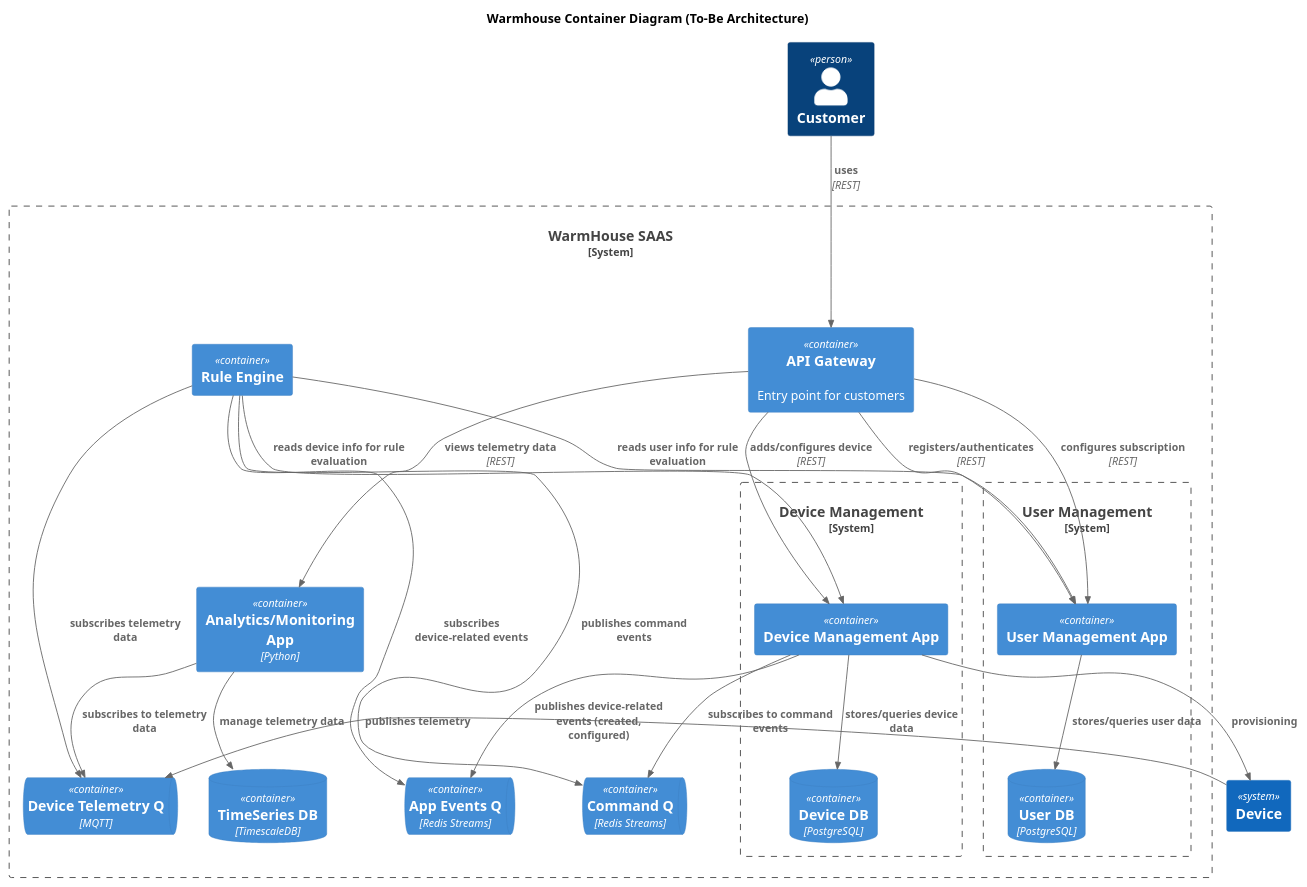
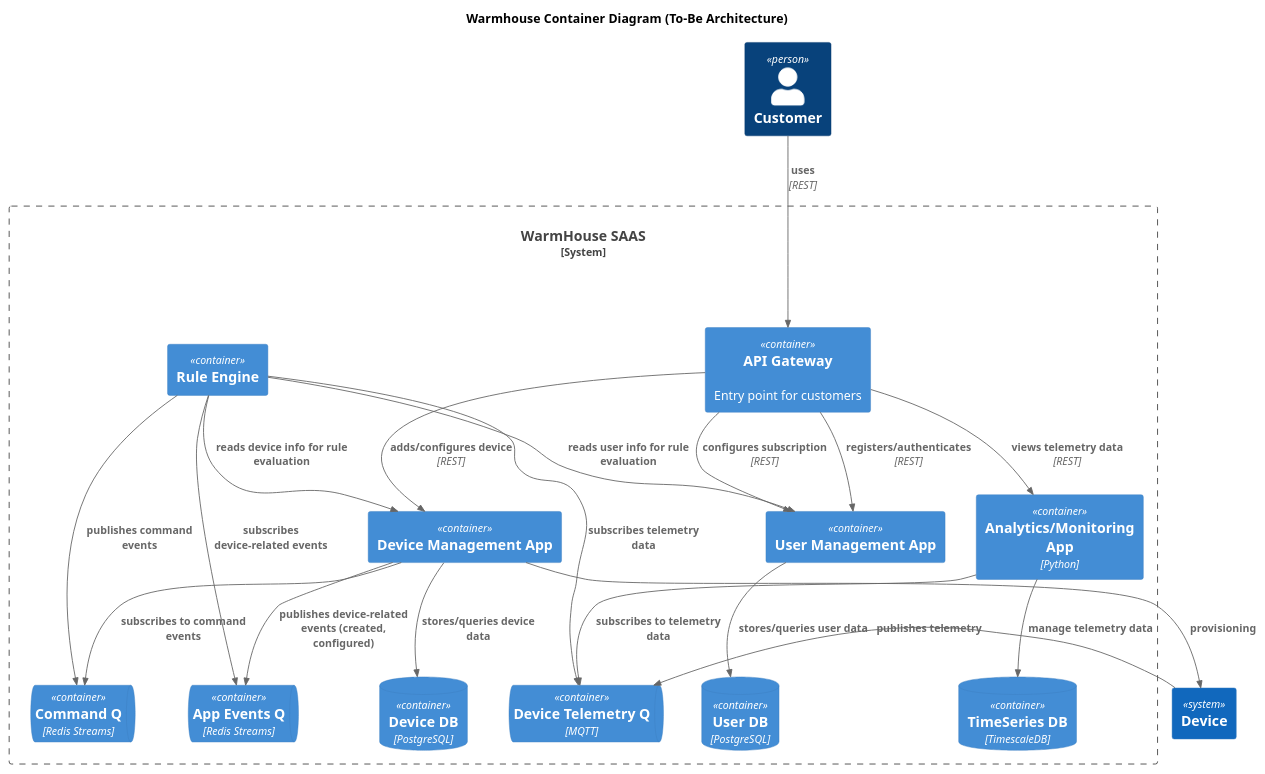
Before and after one commit to Upforup/architecture-pro-warmhouse: the diagram in schemas/to_be/warmhouse_container_to_be.puml, drawn with PlantUML.

```diff
--- a/schemas/to_be/warmhouse_container_to_be.puml
+++ b/schemas/to_be/warmhouse_container_to_be.puml
@@ -1,57 +1,52 @@
 @startuml warmhouse_container_to_be
 title Warmhouse Container Diagram (To-Be Architecture)
 
 top to bottom direction
 
 !include <C4/C4_Container>
 
 Person(user, "Customer", "")
 System(device, "Device")
 
 System_Boundary(wh, "WarmHouse SAAS") {
     Container(api, "API Gateway", "", "Entry point for customers")
  
-    System_Boundary(u, "User Management") {
-        Container(usersApp, "User Management App", "", "")
-        ContainerDb(usersDB, "User DB", "PostgreSQL")
-    }
-    
-    System_Boundary(d, "Device Management") {
-        Container(devMgmtApp, "Device Management App", "", "")
-        ContainerDb(devMgmtDB, "Device DB", "PostgreSQL")
-    }
+    Container(usersApp, "User Management App", "", "")
+    ContainerDb(usersDB, "User DB", "PostgreSQL")
+    Container(devMgmtApp, "Device Management App", "", "")
+    ContainerDb(devMgmtDB, "Device DB", "PostgreSQL")
 
     ContainerQueue(deviceTelemetryQ, "Device Telemetry Q", "MQTT")
     ContainerQueue(appEventsQ, "App Events Q", "Redis Streams")
     ContainerQueue(commandQ, "Command Q", "Redis Streams")
     Container(rulesEngineApp, "Rule Engine", "", "")
     Container(monitoringApp, "Analytics/Monitoring App", "Python", "")
     ContainerDb(telemetryDB, "TimeSeries DB", "TimescaleDB")
 
 }
 
 Rel(user, api, "uses", "REST")
 Rel(device, deviceTelemetryQ, "publishes telemetry")
 Rel(api, usersApp, "registers/authenticates", "REST")
 Rel(api, devMgmtApp, "adds/configures device", "REST")
 Rel(api, usersApp, "configures subscription", "REST")
 Rel(api, monitoringApp, "views telemetry data", "REST")
 
 Rel(devMgmtApp, device, "provisioning", "")
 
 Rel(devMgmtApp, devMgmtDB, "stores/queries device data")
 Rel(usersApp, usersDB, "stores/queries user data")
 
 Rel(devMgmtApp, appEventsQ, "publishes device-related events (created, configured)", "")
 Rel(rulesEngineApp, appEventsQ, "subscribes device-related events", "")
 Rel(rulesEngineApp, commandQ, "publishes command events", "")
 Rel(rulesEngineApp, devMgmtApp, "reads device info for rule evaluation", "")
 Rel(rulesEngineApp, usersApp, "reads user info for rule evaluation", "")
 
 Rel(devMgmtApp, commandQ, "subscribes to command events")
 Rel(rulesEngineApp, deviceTelemetryQ, "subscribes telemetry data")
 
 Rel(monitoringApp, deviceTelemetryQ, "subscribes to telemetry data")
 Rel(monitoringApp, telemetryDB, "manage telemetry data")
 
 @enduml
```
